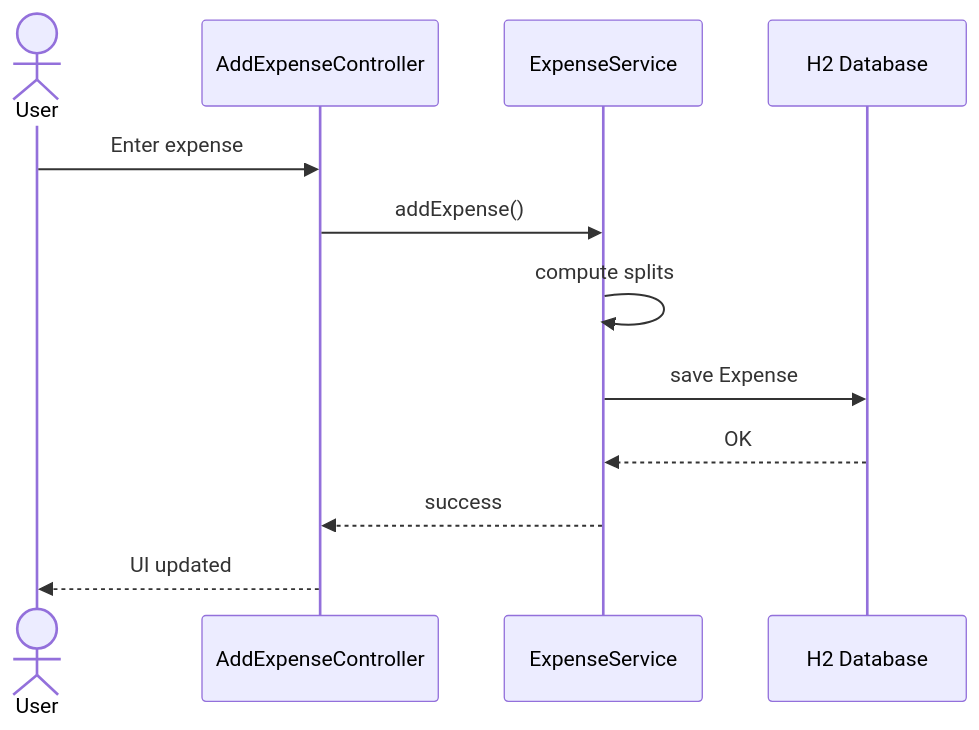
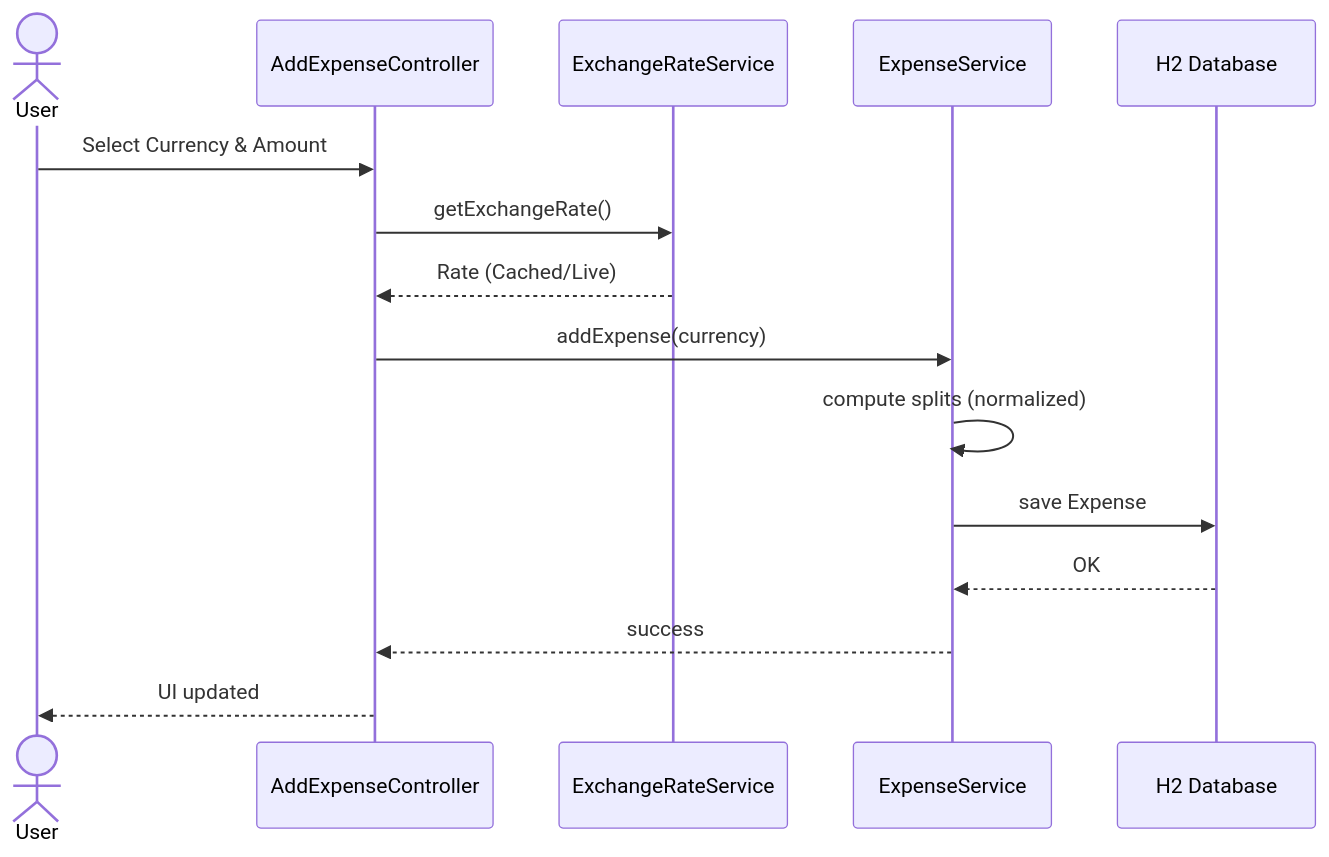
Before and after one commit to malcolm-cephas/Expense_Splitter: the third of 5 diagrams in README.md, drawn with Mermaid. The commit also changed other lines of this file and 12 other files, not shown here.

````diff
--- a/README.md
+++ b/README.md
@@ -206,18 +212,21 @@
 ```mermaid
 sequenceDiagram
 actor User
 participant UI as AddExpenseController
+participant EX as ExchangeRateService
 participant Service as ExpenseService
 participant DB as H2 Database
 
-User ->> UI: Enter expense
-UI ->> Service: addExpense()
+User ->> UI: Select Currency & Amount
+UI ->> EX: getExchangeRate()
+EX -->> UI: Rate (Cached/Live)
+UI ->> Service: addExpense(currency)
 
-Service ->> Service: compute splits
+Service ->> Service: compute splits (normalized)
 
 Service ->> DB: save Expense
 DB -->> Service: OK
 
 Service -->> UI: success
 UI -->> User: UI updated
 ```
````
